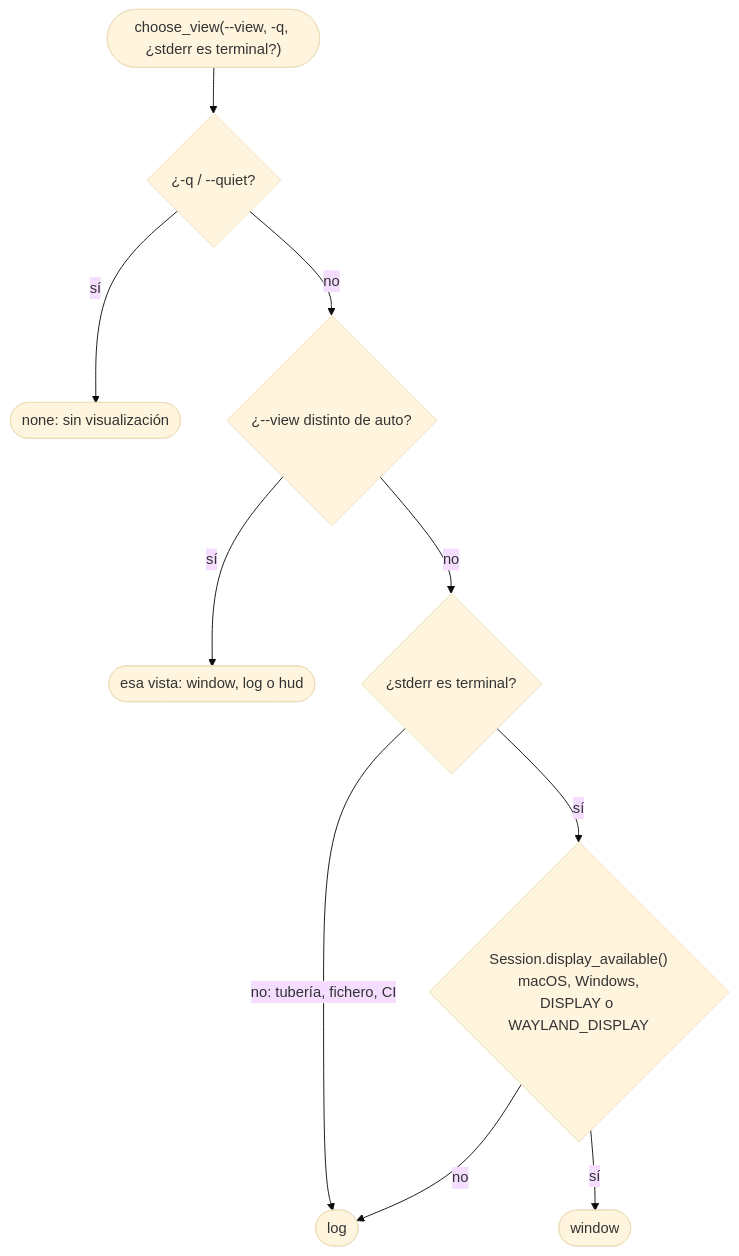
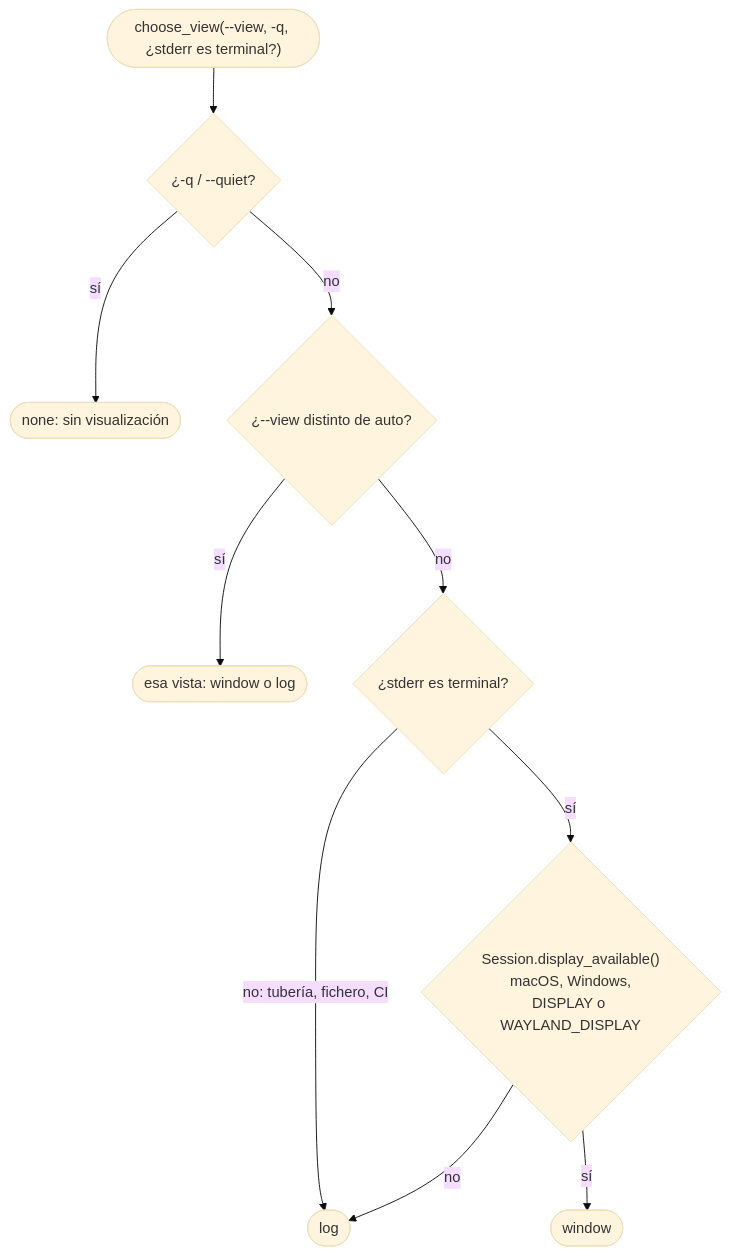
Before and after one commit to 0xARCOS/Fly-In: diagram 39 of 52 in docs/07-diagramas.md, drawn with Mermaid (base theme). The commit also changed other lines of this file and 33 other files, not shown here.

````diff
--- a/docs/07-diagramas.md
+++ b/docs/07-diagramas.md
@@ -1312,12 +1248,12 @@
 ```mermaid
 flowchart TD
     A(["choose_view(--view, -q, ¿stderr es terminal?)"]) --> Q{"¿-q / --quiet?"}
     Q -->|"sí"| NONE(["none: sin visualización"])
     Q -->|"no"| R{"¿--view distinto de auto?"}
-    R -->|"sí"| EXP(["esa vista: window, log o hud"])
+    R -->|"sí"| EXP(["esa vista: window o log"])
     R -->|"no"| T{"¿stderr es terminal?"}
     T -->|"no: tubería, fichero, CI"| LOG(["log"])
     T -->|"sí"| D{"Session.display_available()<br/>macOS, Windows,<br/>DISPLAY o WAYLAND_DISPLAY"}
     D -->|"no"| LOG
     D -->|"sí"| WIN(["window"])
 ```
````
